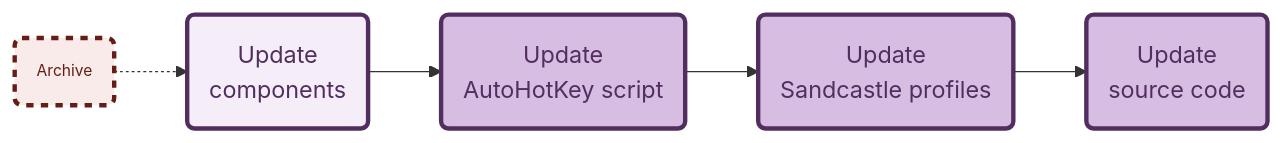
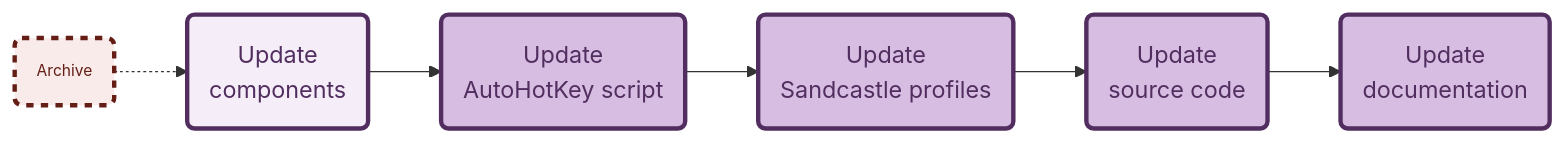
The fourth of 9 diagrams in Development/Workflows/workflows.md (spectrum-health-systems/tingen-documentation), drawn with Mermaid before and after one commit. The commit also changed other lines of this file, not shown here.

````diff
--- a/Development/Workflows/workflows.md
+++ b/Development/Workflows/workflows.md
@@ -90,17 +114,18 @@
   ```mermaid
   flowchart LR
     %% Components
     Archive@{shape: rounded, label: "Archive"}
     UpdateComponents@{shape: rounded, label: "Update\ncomponents"}
     UpdateAutoHotKey@{shape: rounded, label: "Update\nAutoHotKey script"}
     UpdateSandCastleProfiles@{shape: rounded, label: "Update\nSandcastle profiles"}
     UpdateSourceCode@{shape: rounded, label: "Update\nsource code"}
+    UpdateDocumentation@{shape: rounded, label: "Update\ndocumentation"}
     %% Layout
-    Archive:::R5_ -.->UpdateComponents:::P5_ --> UpdateAutoHotKey:::P6_ --> UpdateSandCastleProfiles:::P6_ -->  UpdateSourceCode:::P6_
+    Archive:::R5_ -.->UpdateComponents:::P5_ --> UpdateAutoHotKey:::P6_ --> UpdateSandCastleProfiles:::P6_ -->  UpdateSourceCode:::P6_ --> UpdateDocumentation:::P6_
     %% Styles
     classDef R5_ stroke:#641e16,stroke-width:3px,stroke-dasharray: 5 5,fill:#f9ebea,color:#641e16,font-size:8pt
     classDef P5_ stroke:#512e5f,stroke-width:3px,fill:#f5eef8,color:#512e5f
     classDef P6_ stroke:#512e5f,stroke-width:3px,fill:#d7bde2,color:#512e5f
     %% Styles - Global
     classDef Hidden display: none;
   ```
````
